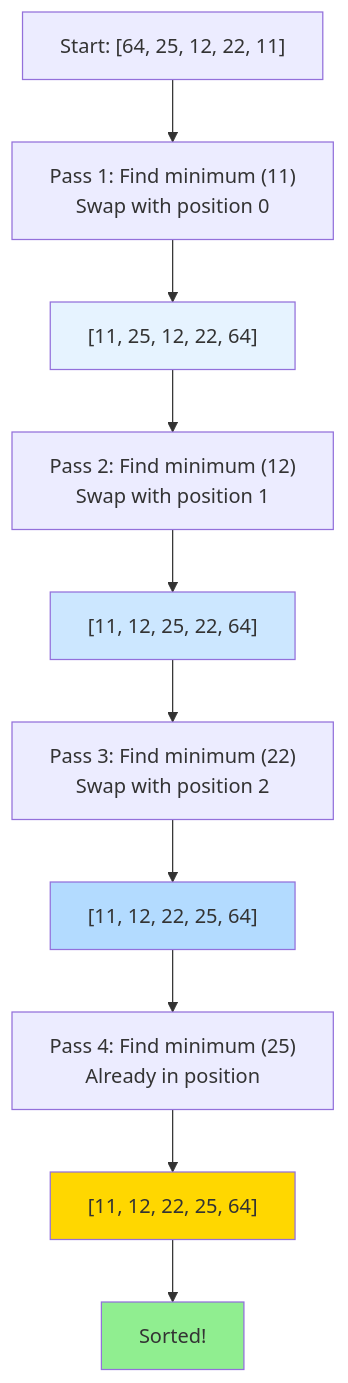
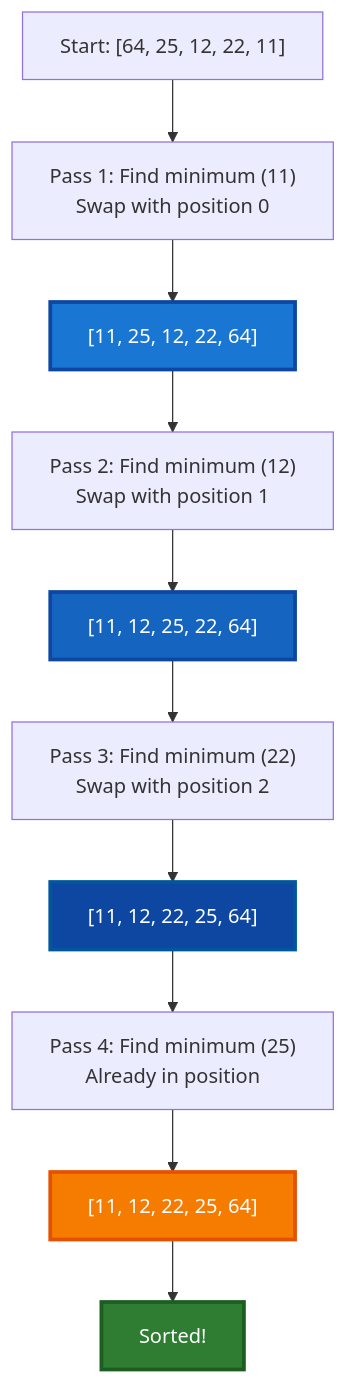
The fourth of 13 diagrams in dsa/Advanced/sorting/README.md (pentoshi007/tuf), drawn with Mermaid before and after one commit. The commit also changed other lines of this file, not shown here.

First line of the commit message:
Improve visibility of Mermaid diagrams with better color contrast

````diff
--- a/dsa/Advanced/sorting/README.md
+++ b/dsa/Advanced/sorting/README.md
@@ -251,15 +256,15 @@
 ```mermaid
 flowchart TD
     Start["Start: [64, 25, 12, 22, 11]"] --> P1
     P1["Pass 1: Find minimum (11)<br/>Swap with position 0"] --> R1["[11, 25, 12, 22, 64]"]
     R1 --> P2["Pass 2: Find minimum (12)<br/>Swap with position 1"] --> R2["[11, 12, 25, 22, 64]"]
     R2 --> P3["Pass 3: Find minimum (22)<br/>Swap with position 2"] --> R3["[11, 12, 22, 25, 64]"]
     R3 --> P4["Pass 4: Find minimum (25)<br/>Already in position"] --> R4["[11, 12, 22, 25, 64]"]
     R4 --> End["Sorted!"]
-    
-    style R1 fill:#E6F3FF
-    style R2 fill:#CCE7FF
-    style R3 fill:#B3DBFF
-    style R4 fill:#FFD700
-    style End fill:#90EE90
+
+    style R1 fill:#1976D2,stroke:#0D47A1,stroke-width:3px,color:#fff
+    style R2 fill:#1565C0,stroke:#0D47A1,stroke-width:3px,color:#fff
+    style R3 fill:#0D47A1,stroke:#01579B,stroke-width:3px,color:#fff
+    style R4 fill:#F57C00,stroke:#E65100,stroke-width:3px,color:#fff
+    style End fill:#2E7D32,stroke:#1B5E20,stroke-width:3px,color:#fff
 ```
````
